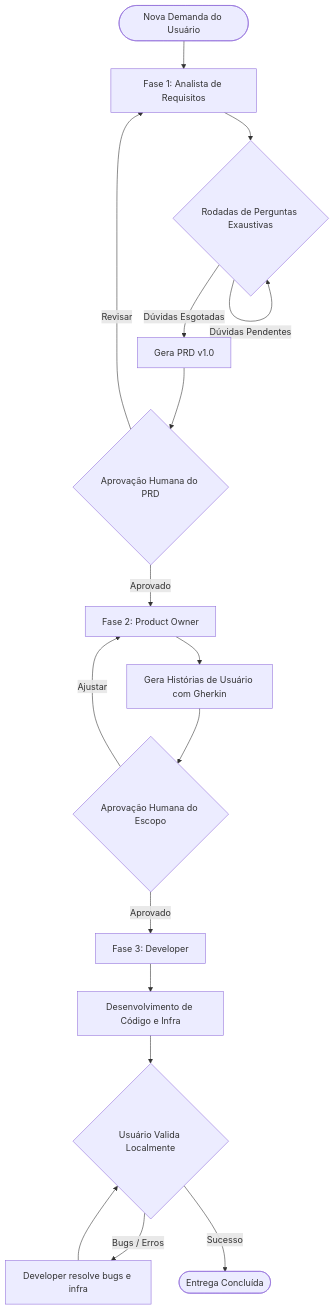
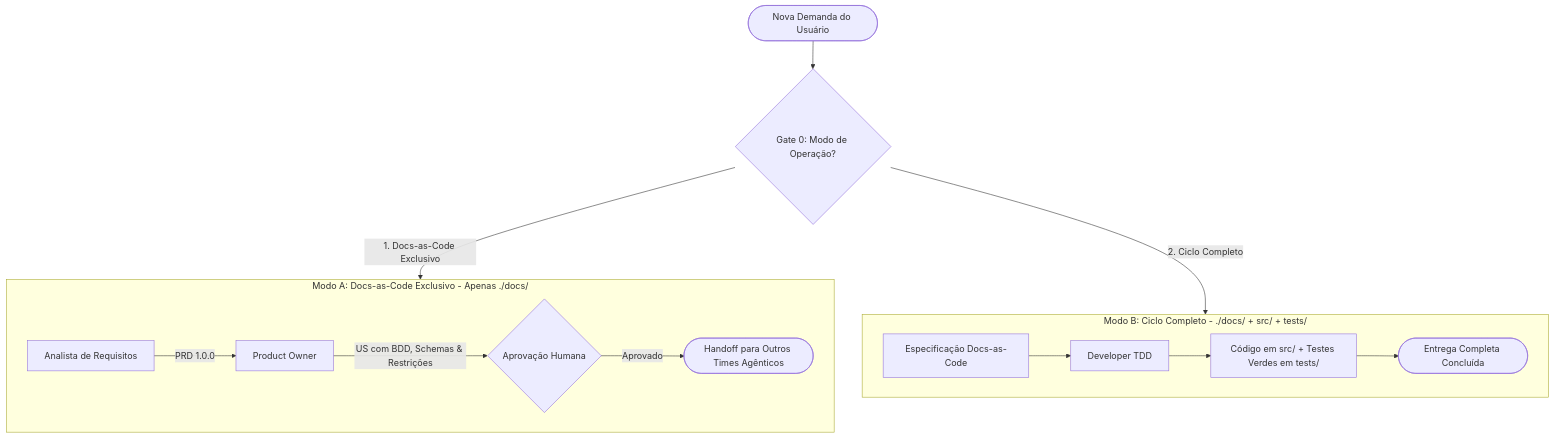
One commit to renatorlemos-gif/DevTeam changed the diagram in skills/devteam-pipeline/SKILL.md. Above: the diagram before and after it, drawn with Mermaid. The commit also changed other lines of this file and 15 other files, not shown here.

Commit message:
feat: evolucao docs-as-code, templates de adr/bug, prototipacao ui e gate 0

````diff
--- a/skills/devteam-pipeline/SKILL.md
+++ b/skills/devteam-pipeline/SKILL.md
@@ -13,19 +28,19 @@
 ```mermaid
 graph TD
-    Demanda([Nova Demanda do Usuário]) --> Fase1[Fase 1: Analista de Requisitos]
-    Fase1 --> Entrevista{Rodadas de Perguntas Exaustivas}
-    Entrevista -->|Dúvidas Pendentes| Entrevista
-    Entrevista -->|Dúvidas Esgotadas| PRD[Gera PRD v1.0]
-    PRD --> Gate1{Aprovação Humana do PRD}
-    Gate1 -->|Revisar| Fase1
-    Gate1 -->|Aprovado| Fase2[Fase 2: Product Owner]
-    Fase2 --> Stories[Gera Histórias de Usuário com Gherkin]
-    Stories --> Gate2{Aprovação Humana do Escopo}
-    Gate2 -->|Ajustar| Fase2
-    Gate2 -->|Aprovado| Fase3[Fase 3: Developer]
-    Fase3 --> Implementacao[Desenvolvimento de Código e Infra]
-    Implementacao --> Validacao{Usuário Valida Localmente}
-    Validacao -->|Bugs / Erros| Bugs[Developer resolve bugs e infra]
-    Bugs --> Validacao
-    Validacao -->|Sucesso| Entrega([Entrega Concluída])
+    Demanda([Nova Demanda do Usuário]) --> Gate0{Gate 0: Modo de Operação?}
+    
+    Gate0 -->|1. Docs-as-Code Exclusivo| SpecTrack[Trilha de Especificação Pura]
+    Gate0 -->|2. Ciclo Completo| FullTrack[Trilha End-to-End]
+    
+    subgraph SpecTrack [Modo A: Docs-as-Code Exclusivo - Apenas ./docs/]
+        A1[Analista de Requisitos] -->|PRD 1.0.0| A2[Product Owner]
+        A2 -->|US com BDD, Schemas & Restrições| A3{Aprovação Humana}
+        A3 -->|Aprovado| Handoff([Handoff para Outros Times Agênticos])
+    end
+    
+    subgraph FullTrack [Modo B: Ciclo Completo - ./docs/ + src/ + tests/]
+        B1[Especificação Docs-as-Code] --> B2[Developer TDD]
+        B2 --> B3[Código em src/ + Testes Verdes em tests/]
+        B3 --> Entrega([Entrega Completa Concluída])
+    end
 ```
````
